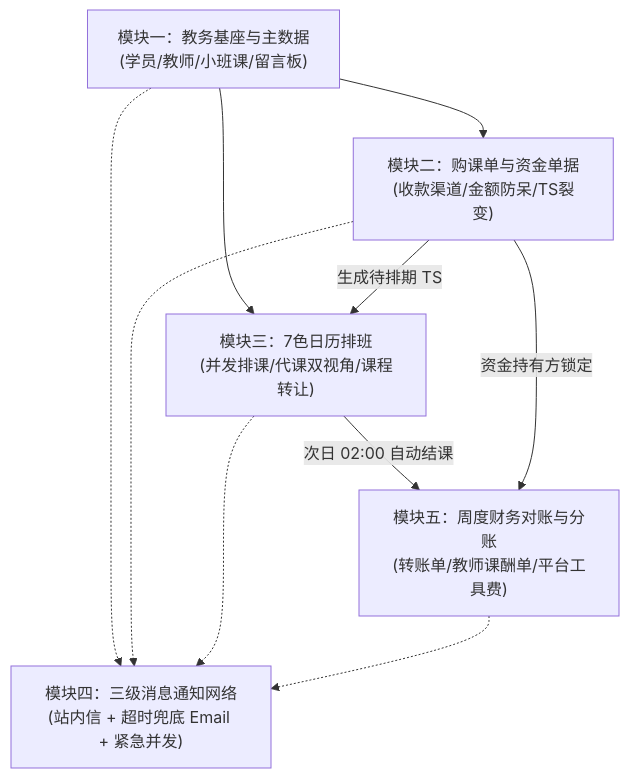
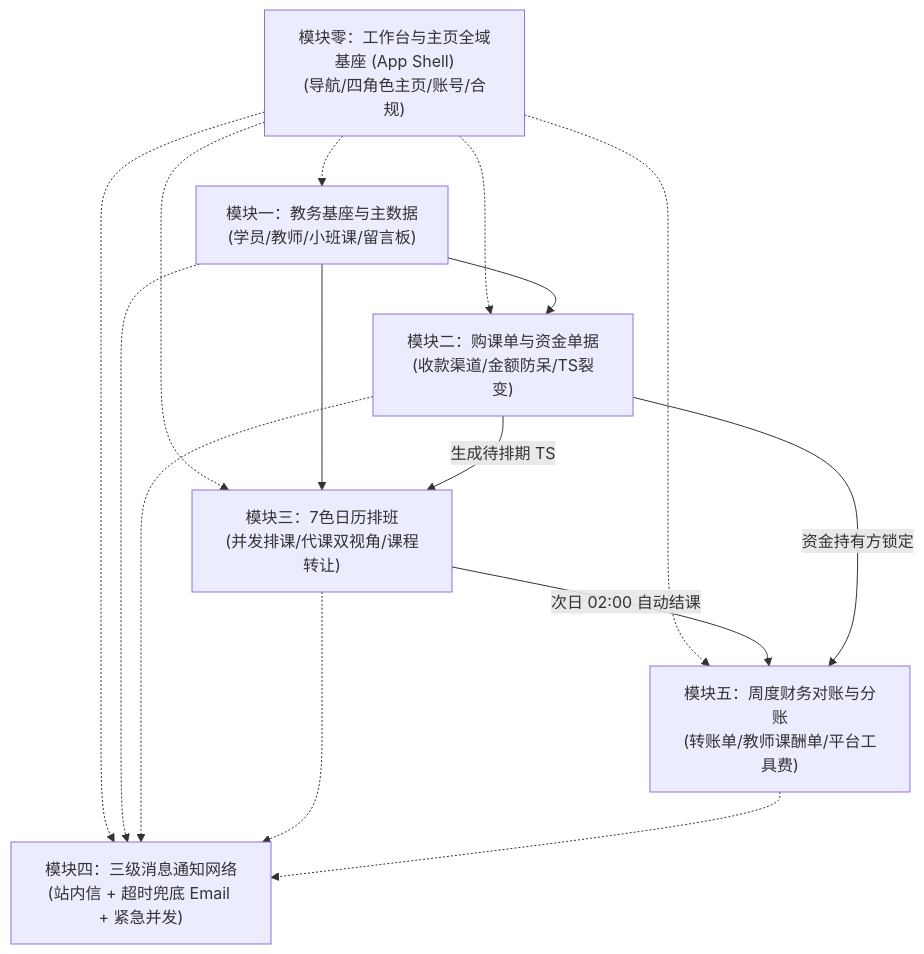
Before and after one commit to Onezao/dream: the diagram in docs/system_modules_overview.md, drawn with Mermaid. The commit also changed other lines of this file and 25 other files, not shown here.

````diff
--- a/docs/system_modules_overview.md
+++ b/docs/system_modules_overview.md
@@ -23,12 +24,17 @@
 ```mermaid
 flowchart TD
+    M0["模块零：工作台与主页全域基座 (App Shell)\n(导航/四角色主页/账号/合规)"] -.-> M1
+    M0 -.-> M2
+    M0 -.-> M3
+    M0 -.-> M4
+    M0 -.-> M5
     M1["模块一：教务基座与主数据\n(学员/教师/小班课/留言板)"] --> M2["模块二：购课单与资金单据\n(收款渠道/金额防呆/TS裂变)"]
     M1 --> M3["模块三：7色日历排班\n(并发排课/代课双视角/课程转让)"]
     M2 -- "生成待排期 TS" --> M3
     M3 -- "次日 02:00 自动结课" --> M5["模块五：周度财务对账与分账\n(转账单/教师课酬单/平台工具费)"]
     M2 -- "资金持有方锁定" --> M5
     M1 -.-> M4["模块四：三级消息通知网络\n(站内信 + 超时兜底 Email + 紧急并发)"]
     M2 -.-> M4
     M3 -.-> M4
     M5 -.-> M4
 ```
````
